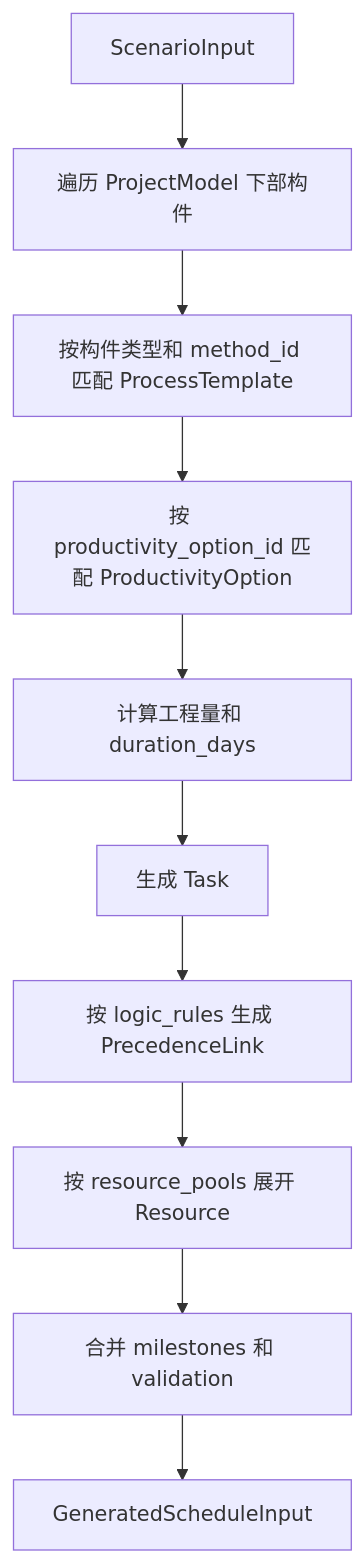
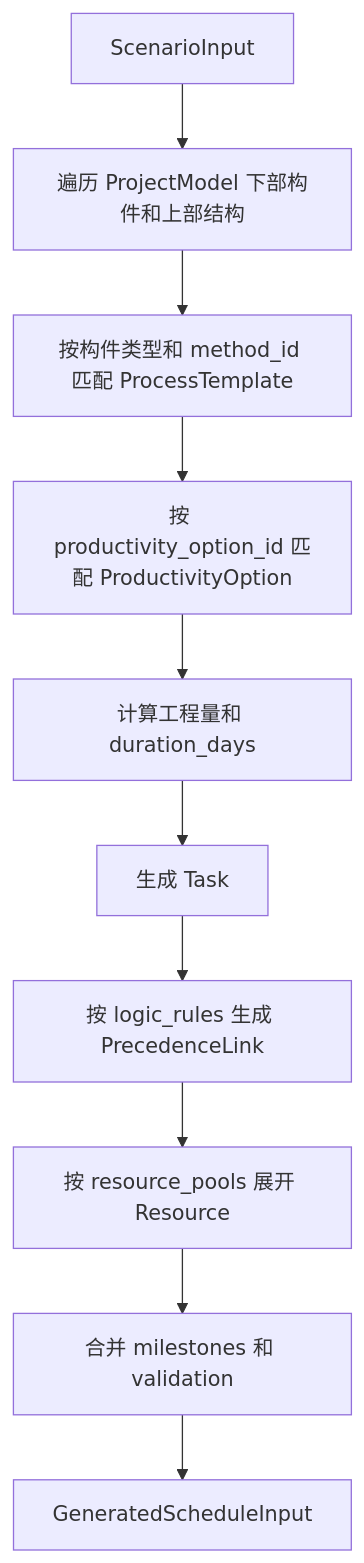
Before and after one commit to Lili-big/projectScheduling: the fourth of 8 diagrams in docs/project-scheduling-system-overview.md, drawn with Mermaid. The commit also changed other lines of this file and 13 other files, not shown here.

````diff
--- a/docs/project-scheduling-system-overview.md
+++ b/docs/project-scheduling-system-overview.md
@@ -214,12 +214,12 @@
 ```mermaid
 flowchart TD
-  A["ScenarioInput"] --> B["遍历 ProjectModel 下部构件"]
+  A["ScenarioInput"] --> B["遍历 ProjectModel 下部构件和上部结构"]
   B --> C["按构件类型和 method_id 匹配 ProcessTemplate"]
   C --> D["按 productivity_option_id 匹配 ProductivityOption"]
   D --> E["计算工程量和 duration_days"]
   E --> F["生成 Task"]
   F --> G["按 logic_rules 生成 PrecedenceLink"]
   G --> H["按 resource_pools 展开 Resource"]
   H --> I["合并 milestones 和 validation"]
   I --> J["GeneratedScheduleInput"]
 ```
````
